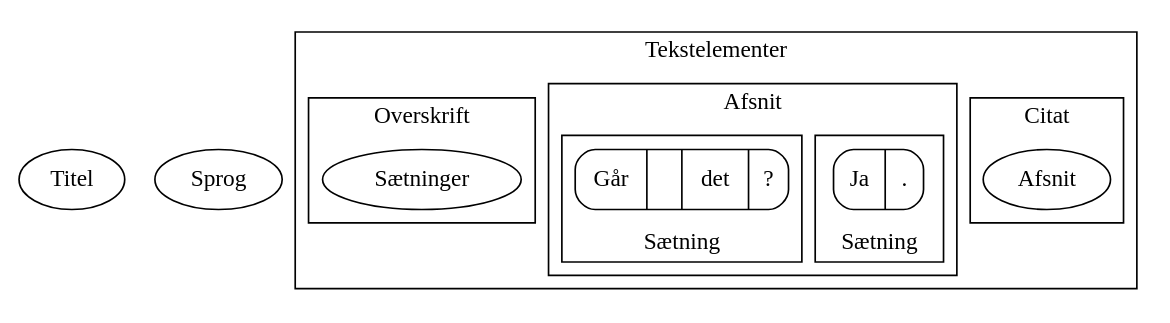
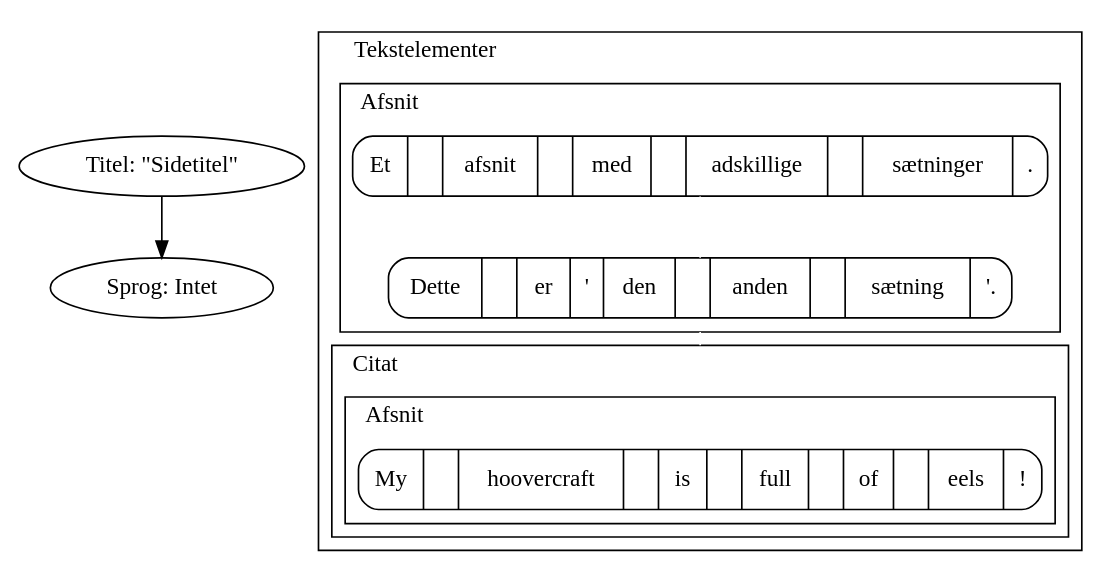
One commit to athas/webanalyzer changed the diagram in rapport/document.dot. Above: the diagram before and after it, drawn with Graphviz. The commit also changed 4 other files, not shown here.

```diff
--- a/rapport/document.dot
+++ b/rapport/document.dot
@@ -1,42 +1,33 @@
-graph G
+digraph G
 {
         compound=true;
-        Titel;
-        Sprog;
+        Titel[label="Titel: \"Sidetitel\""];
+        Sprog[label="Sprog: Intet"];
+        Titel -> Sprog;
         
         subgraph cluster_tekstelementer
         {
+                labeljust="l"
                 label="Tekstelementer";
+
                 subgraph cluster_citat
                 {
                         label="Citat";
-                        Afsnit;
+                        subgraph cluster_afsnit2
+                        {
+                                label="Afsnit";
+
+                                struct3 [label="My| |hoovercraft| |is| |full| |of| |eels|!", shape=Mrecord];
+                        }
                 }
 
                 subgraph cluster_afsnit
                 {
                         label="Afsnit";
-
-                        subgraph cluster_sentence2
-                        {
-                                labelloc="b";
-                                label="Sætning"
-                                node [shape=Mrecord];
-                                struct1 [label="Ja|\ ."];
-                        }
-                        subgraph cluster_sentence
-                        {
-                                labelloc="b";
-                                label="Sætning"
-                                node [shape=Mrecord];
-                                struct2 [label="Går|\ |det|?"];
-                        }
+                        struct2 [label="Dette| |er| '|den| |anden| |sætning|'.", shape=Mrecord];
+                        struct1 [label="Et|\ |afsnit| |med| |adskillige| |sætninger|.", shape=Mrecord];
+                        struct1 -> struct2 [color="white", len="0.2", arrowhead="none"];
                 }
-
-                subgraph cluster_overskrift
-                {
-                        label="Overskrift";
-                        Sætninger;
-                }
+                struct2 -> struct3 [ltail=cluster_afsnit, lhead=cluster_citat, color="white", arrowhead="none"];
         }
 }
```
